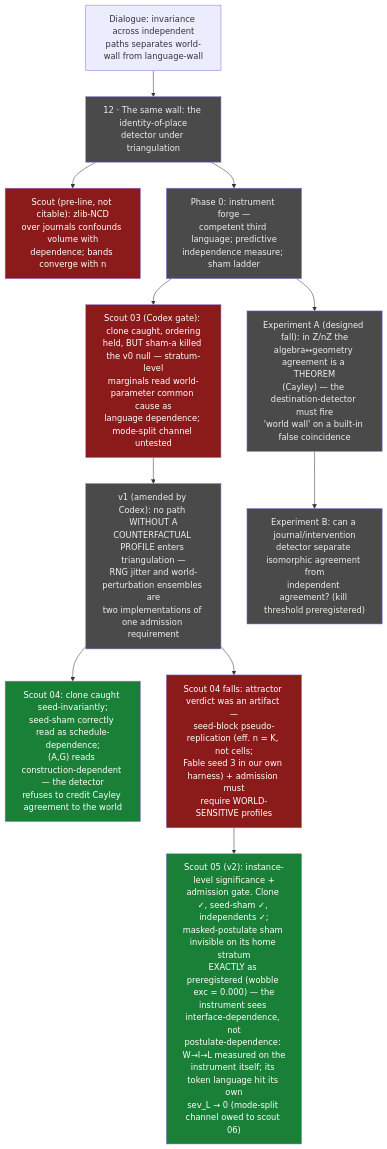
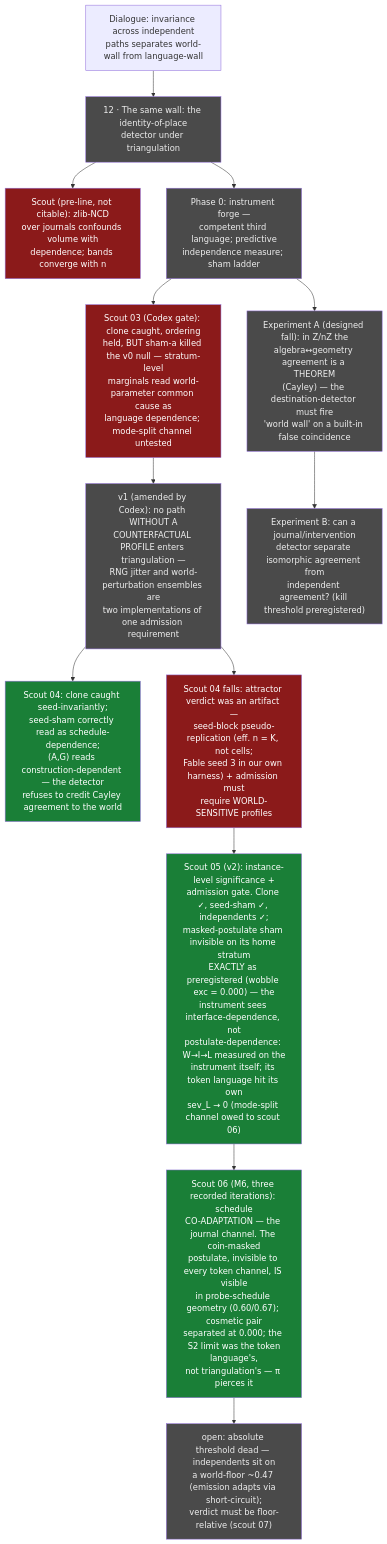
The diagram in ontology/lines/12-the-same-wall.md (Kirill-Kruglov/ascesis), drawn with Mermaid before and after one commit. The commit also changed other lines of this file and 1 other file, not shown here.

First line of the commit message:
Line 12 scout 06: the journal channel — schedule co-adaptation pierces the S2 limit

````diff
--- a/ontology/lines/12-the-same-wall.md
+++ b/ontology/lines/12-the-same-wall.md
@@ -32,19 +32,22 @@
 ```mermaid
 flowchart TD
     classDef verified fill:#1a7f37,color:#fff
     classDef falsified fill:#8b1a1a,color:#fff
     classDef open fill:#4a4a4a,color:#eee
     classDef concl fill:#b8860b,color:#fff
 
     D["Dialogue: invariance across independent<br/>paths separates world-wall from language-wall"] --> Q
     Q["12 · The same wall: the identity-of-place<br/>detector under triangulation"]:::open
     Q --> S0["Scout (pre-line, not citable): zlib-NCD<br/>over journals confounds volume with<br/>dependence; bands converge with n"]:::falsified
     Q --> P0["Phase 0: instrument forge —<br/>competent third language; predictive<br/>independence measure; sham ladder"]:::open
     P0 --> S3["Scout 03 (Codex gate): clone caught, ordering<br/>held, BUT sham-a killed the v0 null — stratum-level<br/>marginals read world-parameter common cause as<br/>language dependence; mode-split channel untested"]:::falsified
     S3 --> V1["v1 (amended by Codex): no path WITHOUT A<br/>COUNTERFACTUAL PROFILE enters triangulation —<br/>RNG jitter and world-perturbation ensembles are<br/>two implementations of one admission requirement"]:::open
     V1 --> S4["Scout 04: clone caught seed-invariantly;<br/>seed-sham correctly read as schedule-dependence;<br/>(A,G) reads construction-dependent — the detector<br/>refuses to credit Cayley agreement to the world"]:::verified
     V1 --> S4f["Scout 04 falls: attractor verdict was an artifact —<br/>seed-block pseudo-replication (eff. n = K, not cells;<br/>Fable seed 3 in our own harness) + admission must<br/>require WORLD-SENSITIVE profiles"]:::falsified
     S4f --> S5["Scout 05 (v2): instance-level significance +<br/>admission gate. Clone ✓, seed-sham ✓, independents ✓;<br/>masked-postulate sham invisible on its home stratum<br/>EXACTLY as preregistered (wobble exc = 0.000) — the<br/>instrument sees interface-dependence, not<br/>postulate-dependence: W→I→L measured on the<br/>instrument itself; its token language hit its own<br/>sev_L → 0 (mode-split channel owed to scout 06)"]:::verified
+    S5 --> S6["Scout 06 (M6, three recorded iterations): schedule<br/>CO-ADAPTATION — the journal channel. The coin-masked<br/>postulate, invisible to every token channel, IS visible<br/>in probe-schedule geometry (0.60/0.67); cosmetic pair<br/>separated at 0.000; the S2 limit was the token
+language's,<br/>not triangulation's — π pierces it"]:::verified
+    S6 --> S7g["open: absolute threshold dead — independents sit on<br/>a world-floor ~0.47 (emission adapts via short-circuit);<br/>verdict must be floor-relative (scout 07)"]:::open
     P0 --> EA["Experiment A (designed fall): in Z/nZ the<br/>algebra↔geometry agreement is a THEOREM<br/>(Cayley) — the destination-detector must fire<br/>'world wall' on a built-in false coincidence"]:::open
     EA --> EB["Experiment B: can a journal/intervention<br/>detector separate isomorphic agreement from<br/>independent agreement? (kill threshold preregistered)"]:::open
 ```
````
